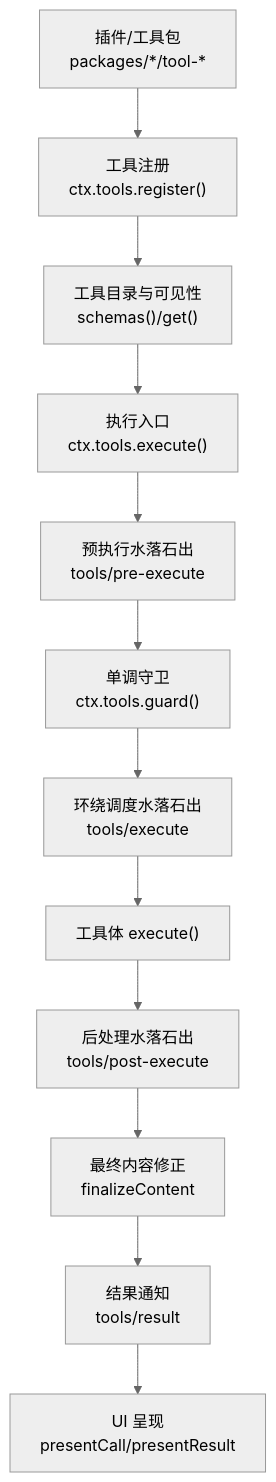
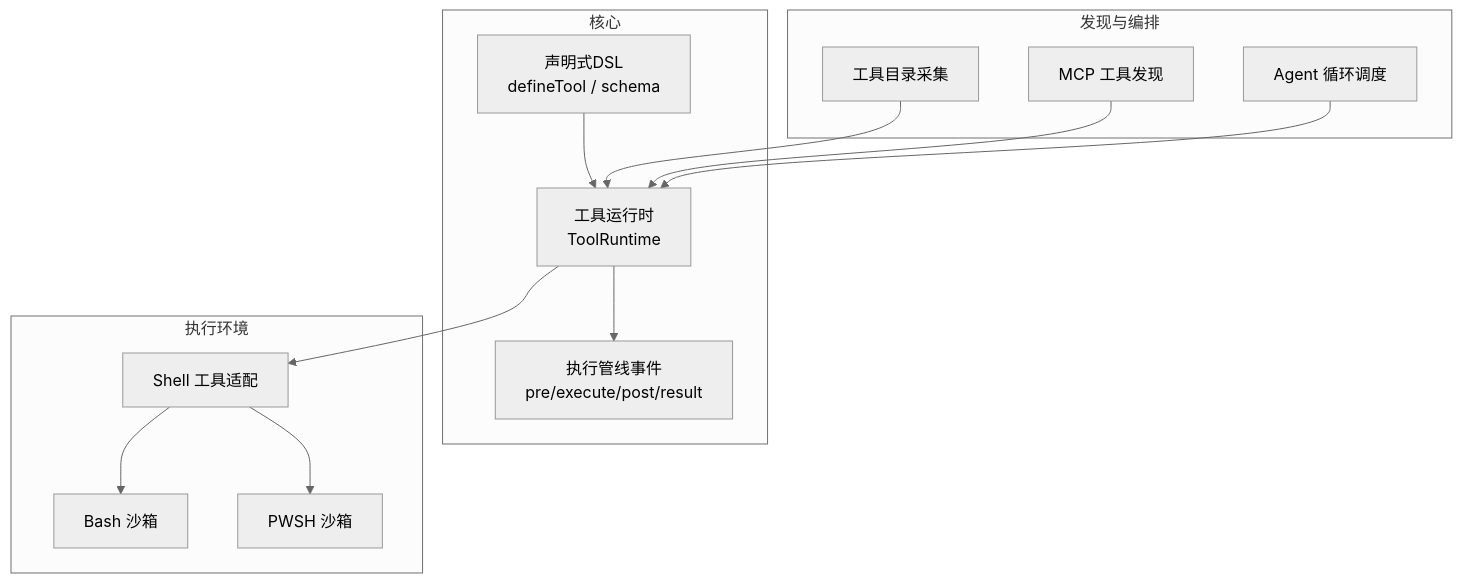
One commit to gongzili456/deepseek-harness changed the first of 9 diagrams in .qoder/repowiki/zh/content/核心概念/工具系统.md. Above: the diagram before and after it, drawn with Mermaid (neutral theme). The commit also changed other lines of this file and 1001 other files, not shown here.

````diff
--- a/.qoder/repowiki/zh/content/核心概念/工具系统.md
+++ b/.qoder/repowiki/zh/content/核心概念/工具系统.md
@@ -35,14 +35,26 @@
 ```mermaid
 graph TB
-A["插件/工具包<br/>packages/*/tool-*"] --> B["工具注册<br/>ctx.tools.register()"]
-B --> C["工具目录与可见性<br/>schemas()/get()"]
-C --> D["执行入口<br/>ctx.tools.execute()"]
-D --> E["预执行水落石出<br/>tools/pre-execute"]
-E --> F["单调守卫<br/>ctx.tools.guard()"]
-F --> G["环绕调度水落石出<br/>tools/execute"]
-G --> H["工具体 execute()"]
-H --> I["后处理水落石出<br/>tools/post-execute"]
-I --> J["最终内容修正<br/>finalizeContent"]
-J --> K["结果通知<br/>tools/result"]
-K --> L["UI 呈现<br/>presentCall/presentResult"]
+subgraph "核心"
+A["工具运行时<br/>ToolRuntime"]
+B["声明式DSL<br/>defineTool / schema"]
+C["执行管线事件<br/>pre/execute/post/result"]
+end
+subgraph "执行环境"
+D["Bash 沙箱"]
+E["PWSH 沙箱"]
+F["Shell 工具适配"]
+end
+subgraph "发现与编排"
+G["工具目录采集"]
+H["MCP 工具发现"]
+I["Agent 循环调度"]
+end
+A --> C
+B --> A
+A --> F
+F --> D
+F --> E
+G --> A
+H --> A
+I --> A
 ```
````
